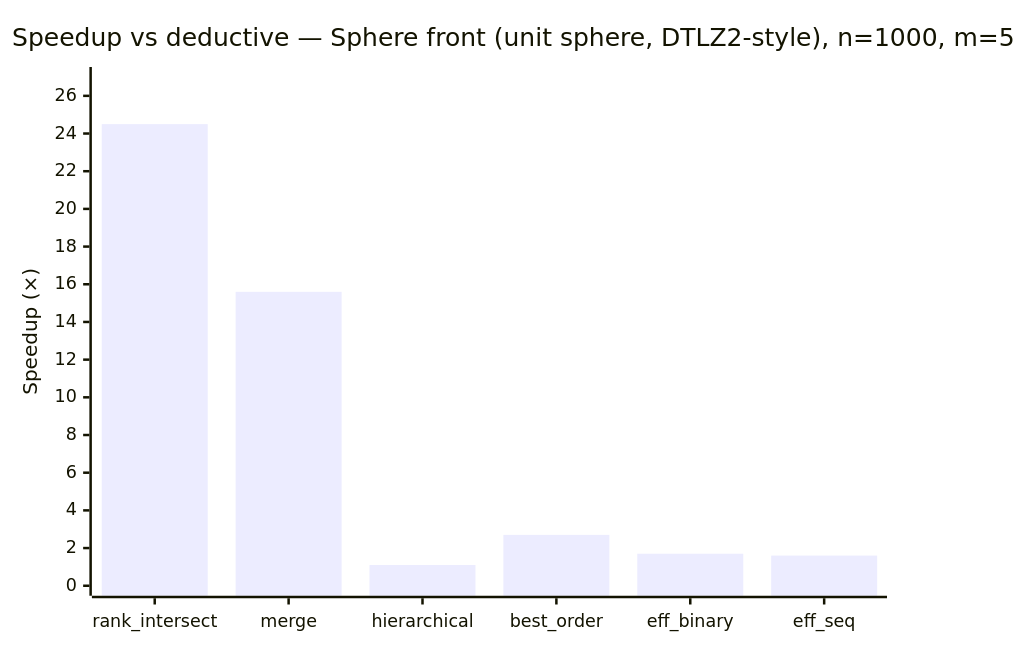
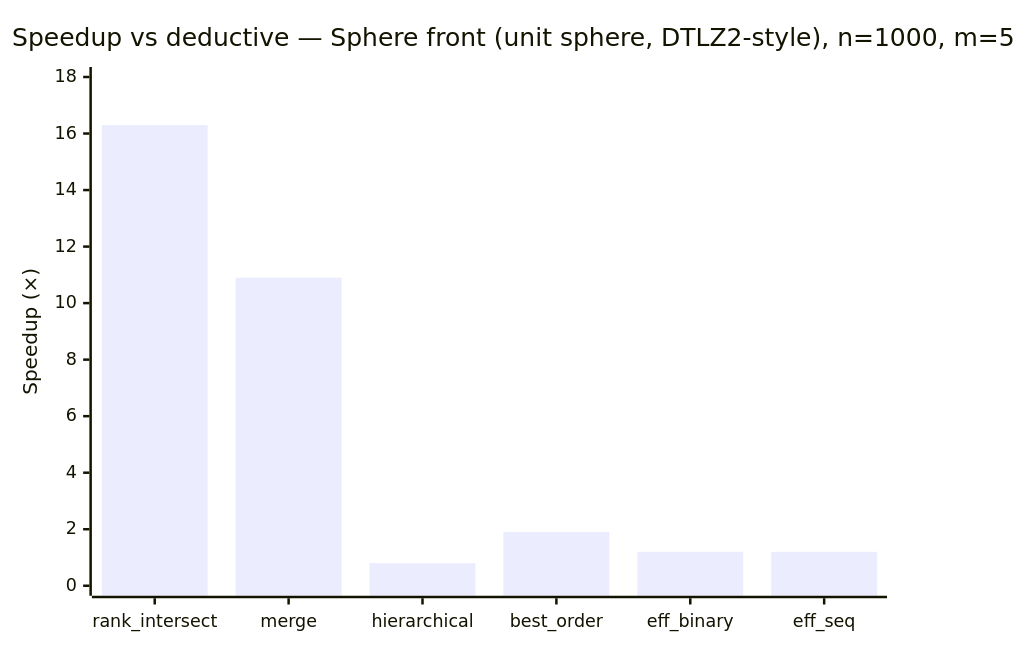
Before and after one commit to foolnotion/ndsort: the third of 8 diagrams in BENCHMARKS.md, drawn with Mermaid. The commit also changed other lines of this file and 4 other files, not shown here.

````diff
--- a/BENCHMARKS.md
+++ b/BENCHMARKS.md
@@ -99,7 +96,7 @@
 ```mermaid
 xychart-beta
     title "Speedup vs deductive — Sphere front (unit sphere, DTLZ2-style), n=1000, m=5"
     x-axis ["rank_intersect", "merge", "hierarchical", "best_order", "eff_binary", "eff_seq"]
-    y-axis "Speedup (×)" 0 --> 27
-    bar [24.5, 15.6, 1.1, 2.7, 1.7, 1.6]
+    y-axis "Speedup (×)" 0 --> 18
+    bar [16.3, 10.9, 0.8, 1.9, 1.2, 1.2]
 ```
````
